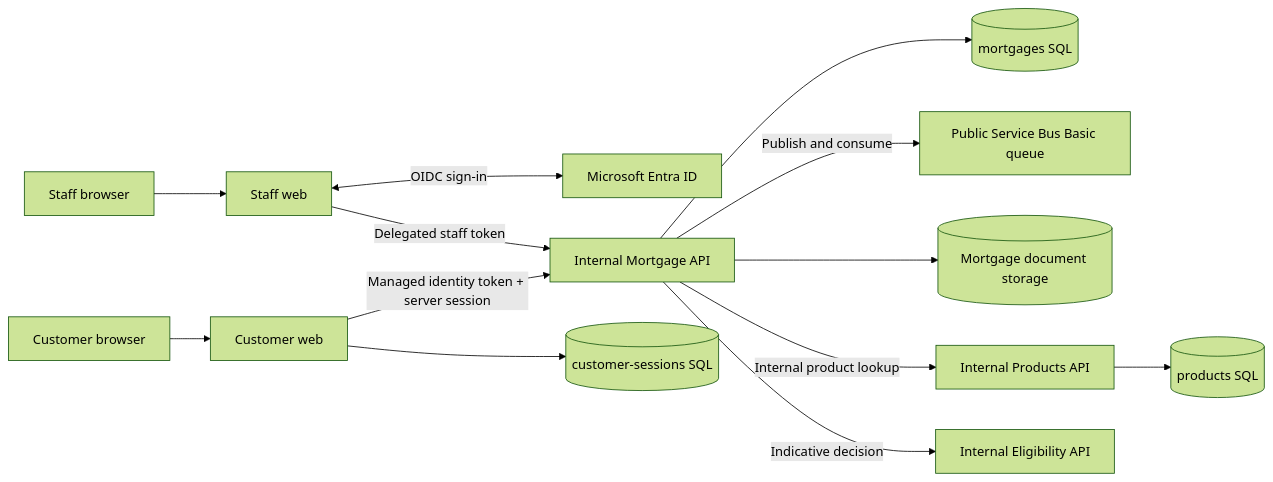
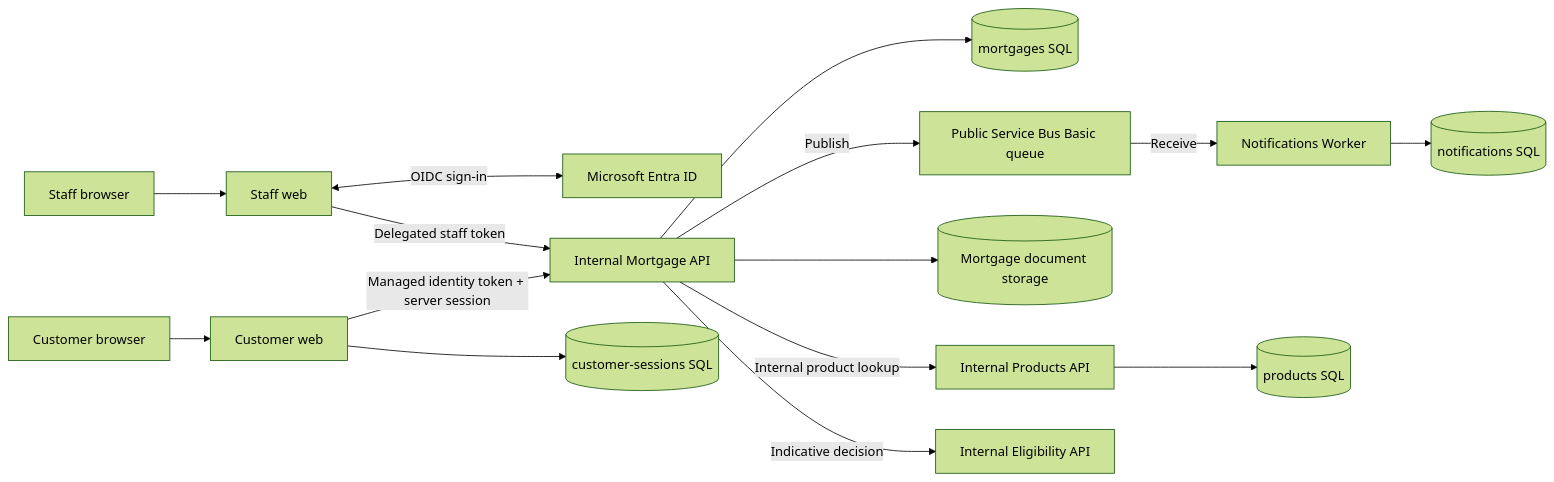
Before and after one commit to eyeballpaul/Mortgage-Processing-Application: the first of 4 diagrams in docs/architecture.md, drawn with Mermaid (forest theme). The commit also changed other lines of this file and 40 other files, not shown here.

Commit message:
Created service bus subscriber

````diff
--- a/docs/architecture.md
+++ b/docs/architecture.md
@@ -27,15 +27,17 @@
 ```mermaid
 flowchart LR
     Browser[Customer browser] --> Customer[Customer web]
     StaffBrowser[Staff browser] --> Staff[Staff web]
     Staff <-->|OIDC sign-in| Entra[Microsoft Entra ID]
     Customer -->|Managed identity token + server session| API[Internal Mortgage API]
     Staff -->|Delegated staff token| API
     Customer --> Sessions[(customer-sessions SQL)]
     API --> Mortgage[(mortgages SQL)]
-    API -->|Publish and consume| Bus[Public Service Bus Basic queue]
+    API -->|Publish| Bus[Public Service Bus Basic queue]
+    Bus -->|Receive| Worker[Notifications Worker]
+    Worker --> Notifications[(notifications SQL)]
     API --> Documents[(Mortgage document storage)]
     API -->|Internal product lookup| Products[Internal Products API]
     API -->|Indicative decision| Eligibility[Internal Eligibility API]
     Products --> ProductDb[(products SQL)]
 ```
````
